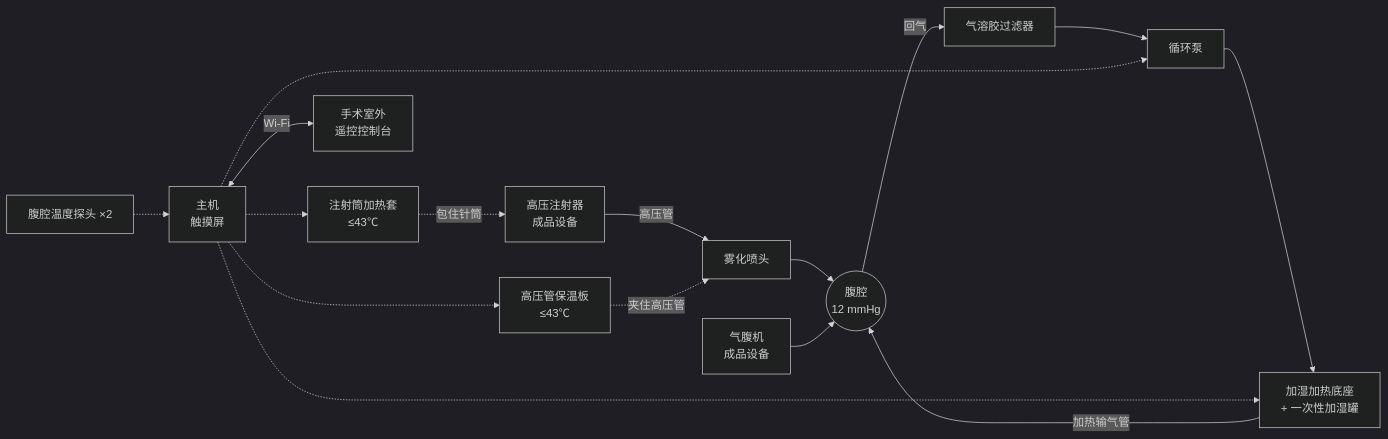
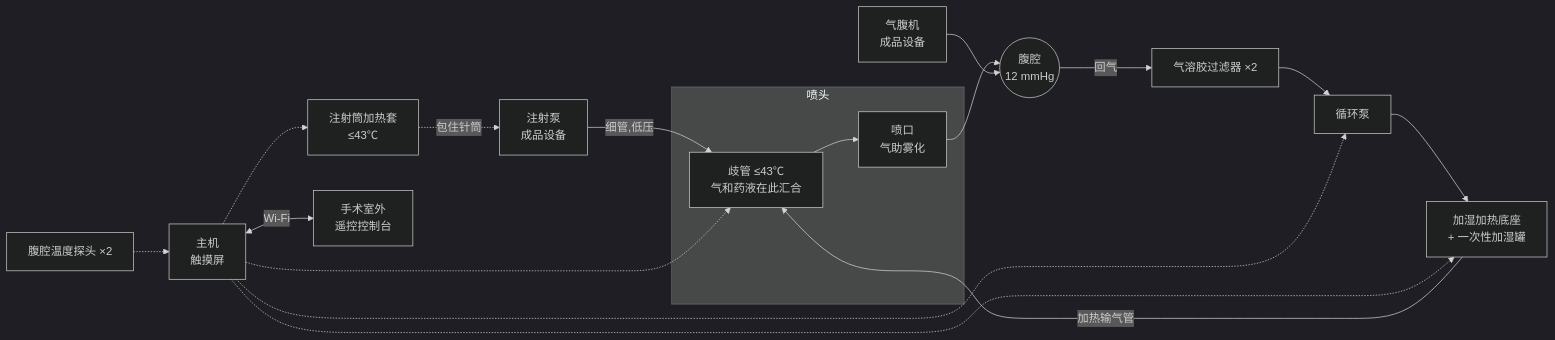
The diagram in 1-design/README.md (zyyyyy07/hpipac-heater), drawn with Mermaid (dark theme) before and after one commit. The commit also changed other lines of this file and 55 other files, not shown here.

````diff
--- a/1-design/README.md
+++ b/1-design/README.md
@@ -71,14 +80,16 @@
 ```mermaid
 flowchart LR
-  INJ[高压注射器<br/>成品设备] -- 高压管 --> NEB[雾化喷头]
-  SYR[注射筒加热套<br/>≤43℃] -. 包住针筒 .-> INJ
-  LINE[高压管保温板<br/>≤43℃] -. 夹住高压管 .-> NEB
-  NEB --> AB((腹腔<br/>12 mmHg))
+  SP[注射泵<br/>成品设备] -- 细管,低压 --> NOZ
+  SYR[注射筒加热套<br/>≤43℃] -. 包住针筒 .-> SP
+  subgraph 喷头
+    NOZ[歧管 ≤43℃<br/>气和药液在此汇合] --> TIP[喷口<br/>气助雾化]
+  end
+  TIP --> AB((腹腔<br/>12 mmHg))
   INS[气腹机<br/>成品设备] --> AB
-  AB -- 回气 --> F[气溶胶过滤器] --> PUMP[循环泵]
+  AB -- 回气 --> F[气溶胶过滤器 ×2] --> PUMP[循环泵]
   PUMP --> HUM[加湿加热底座<br/>+ 一次性加湿罐]
-  HUM -- 加热输气管 --> AB
+  HUM -- 加热输气管 --> NOZ
   IP[腹腔温度探头 ×2] -.-> MCU[主机<br/>触摸屏]
-  MCU -.-> SYR & LINE & HUM & PUMP
+  MCU -.-> SYR & NOZ & HUM & PUMP
   MCU <-- Wi-Fi --> CON[手术室外<br/>遥控控制台]
 ```
````
